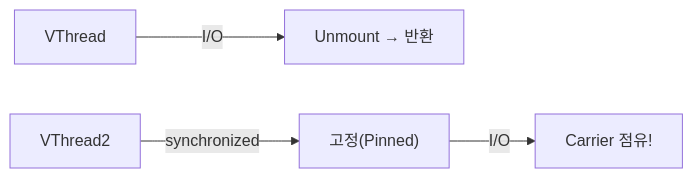
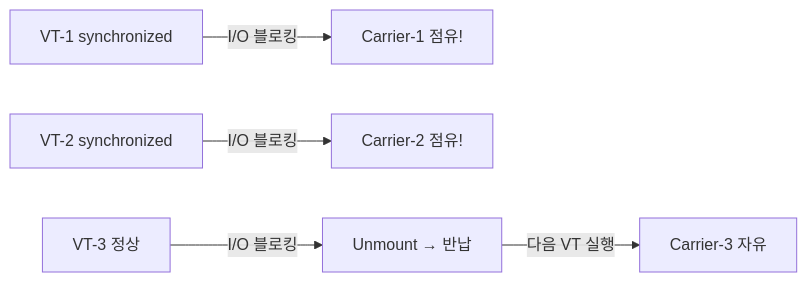
Before and after one commit to yjkim2015/yjkim2015.github.io: the third of 3 diagrams in _posts/java/2026-05-01-java-virtual-thread.md, drawn with Mermaid. The commit also changed other lines of this file and 4 other files, not shown here.

````diff
--- a/_posts/java/2026-05-01-java-virtual-thread.md
+++ b/_posts/java/2026-05-01-java-virtual-thread.md
@@ -378,6 +345,7 @@
 ```mermaid
 graph LR
-    V1["VThread"] -->|I/O| UM["Unmount → 반환"]
-    V2["VThread2"] -->|synchronized| SYN["고정(Pinned)"]
-    SYN -->|I/O| PINNED["Carrier 점유!"]
+    A["VT-1 synchronized"] -->|"I/O 블로킹"| B["Carrier-1 점유!"]
+    C["VT-2 synchronized"] -->|"I/O 블로킹"| D["Carrier-2 점유!"]
+    E["VT-3 정상"] -->|"I/O 블로킹"| F["Unmount → 반납"]
+    F -->|"다음 VT 실행"| G["Carrier-3 자유"]
 ```
````
